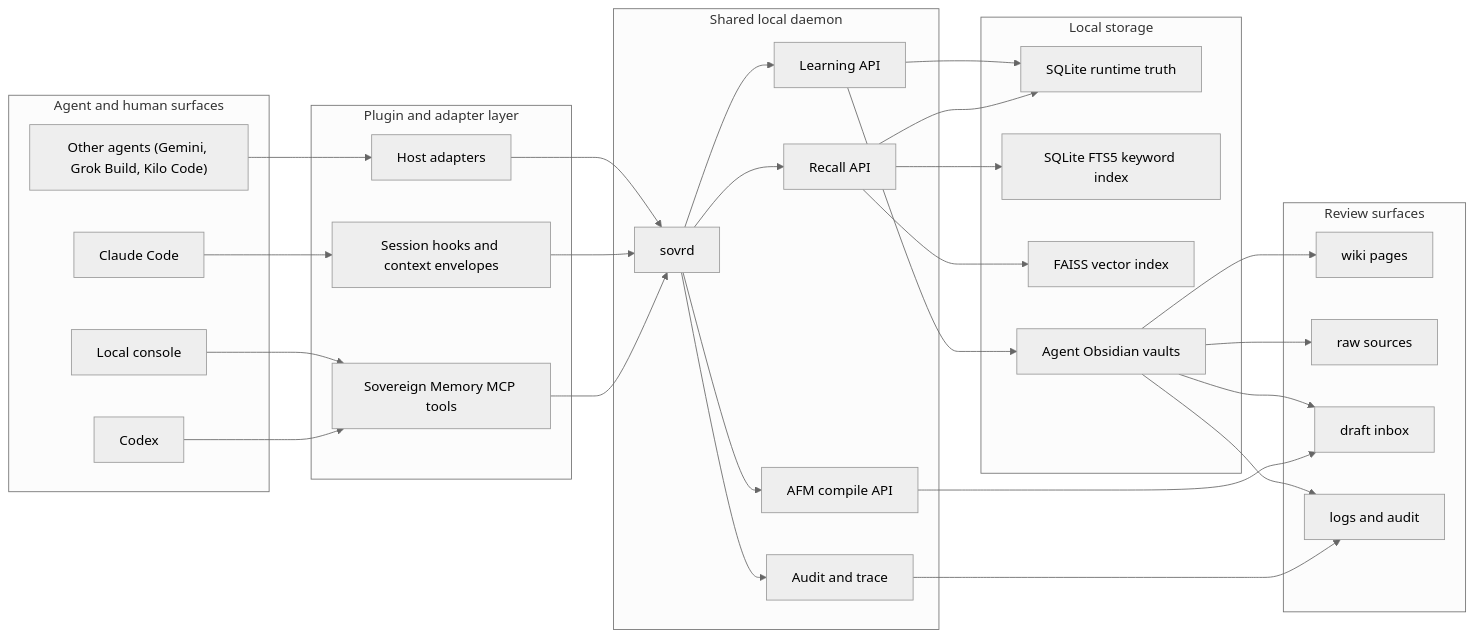
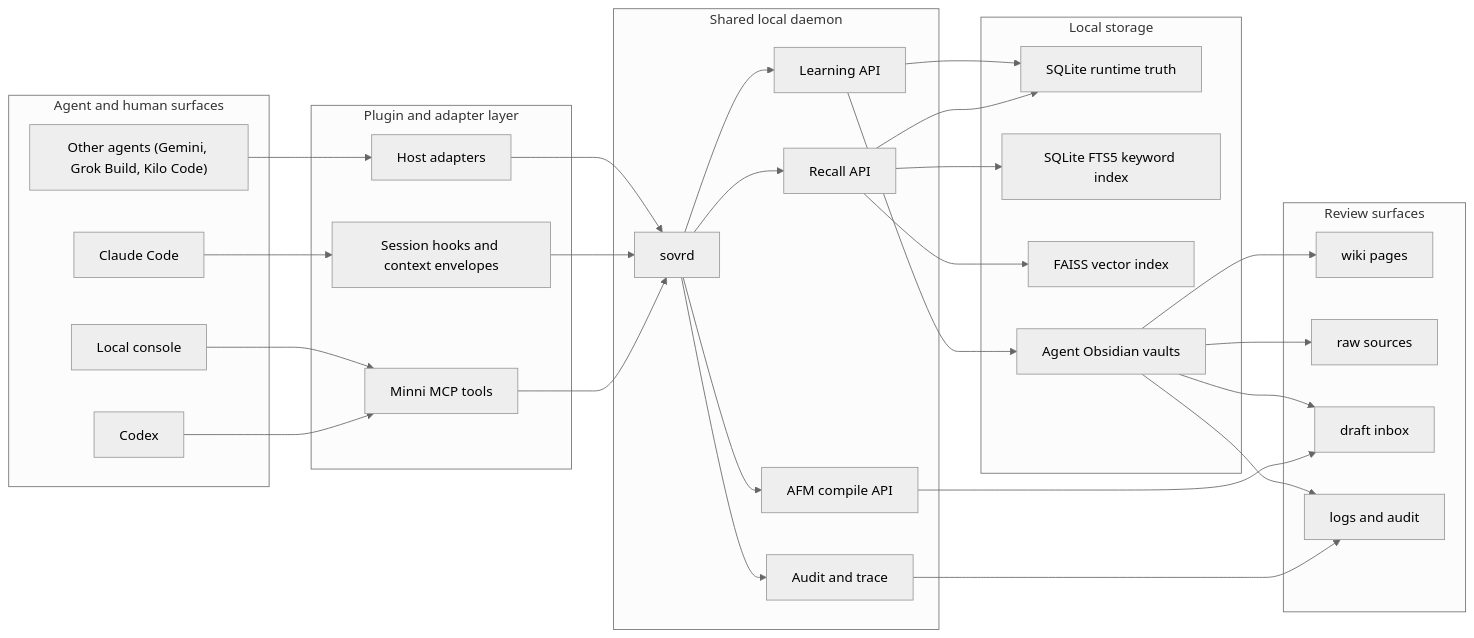
One commit to infektyd/minni changed the first of 12 diagrams in docs/design/MINNI_EXPLAINER.md. Above: the diagram before and after it, drawn with Mermaid (neutral theme). The commit also changed other lines of this file and 28 other files, not shown here.

First line of the commit message:
refactor(naming): migrate legacy sovereign memory references to canonical minni

````diff
--- a/docs/design/MINNI_EXPLAINER.md
+++ b/docs/design/MINNI_EXPLAINER.md
@@ -24,64 +24,64 @@
 ```mermaid
 flowchart LR
     subgraph Surfaces["Agent and human surfaces"]
         Codex["Codex"]
         Claude["Claude Code"]
         Others["Other agents (Gemini, Grok Build, Kilo Code)"]
         Console["Local console"]
     end
 
     subgraph PluginLayer["Plugin and adapter layer"]
-        MCP["Sovereign Memory MCP tools"]
+        MCP["Minni MCP tools"]
         Hooks["Session hooks and context envelopes"]
         Adapters["Host adapters"]
     end
 
     subgraph Daemon["Shared local daemon"]
         Sovrd["sovrd"]
         Recall["Recall API"]
         Learn["Learning API"]
         Compile["AFM compile API"]
         Audit["Audit and trace"]
     end
 
     subgraph Storage["Local storage"]
         DB["SQLite runtime truth"]
         FTS["SQLite FTS5 keyword index"]
         FAISS["FAISS vector index"]
         Vaults["Agent Obsidian vaults"]
     end
 
     subgraph Review["Review surfaces"]
         Wiki["wiki pages"]
         Raw["raw sources"]
         Inbox["draft inbox"]
         Logs["logs and audit"]
     end
 
     Codex --> MCP
     Claude --> Hooks
     Others --> Adapters
     Console --> MCP
 
     MCP --> Sovrd
     Hooks --> Sovrd
     Adapters --> Sovrd
 
     Sovrd --> Recall
     Sovrd --> Learn
     Sovrd --> Compile
     Sovrd --> Audit
 
     Recall --> DB
     Recall --> FTS
     Recall --> FAISS
     Learn --> DB
     Learn --> Vaults
     Compile --> Inbox
     Audit --> Logs
 
     Vaults --> Wiki
     Vaults --> Raw
     Vaults --> Inbox
     Vaults --> Logs
 ```
````
